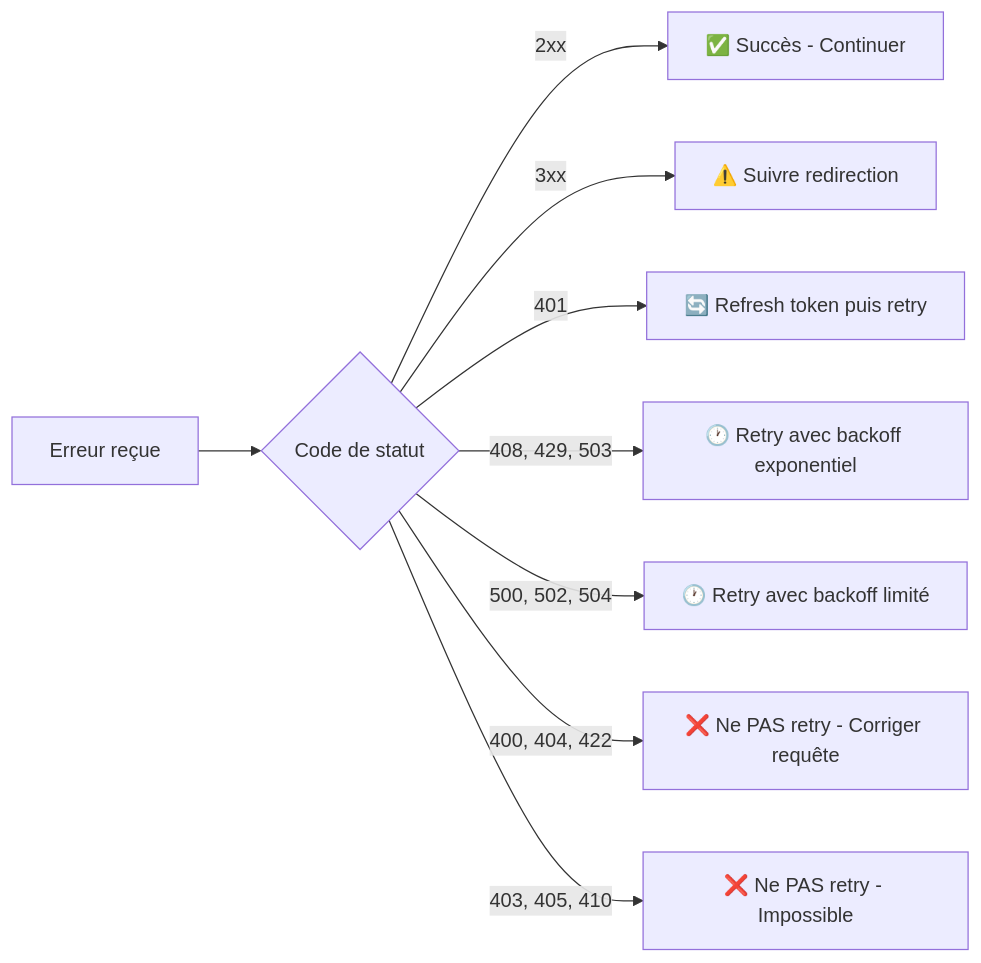
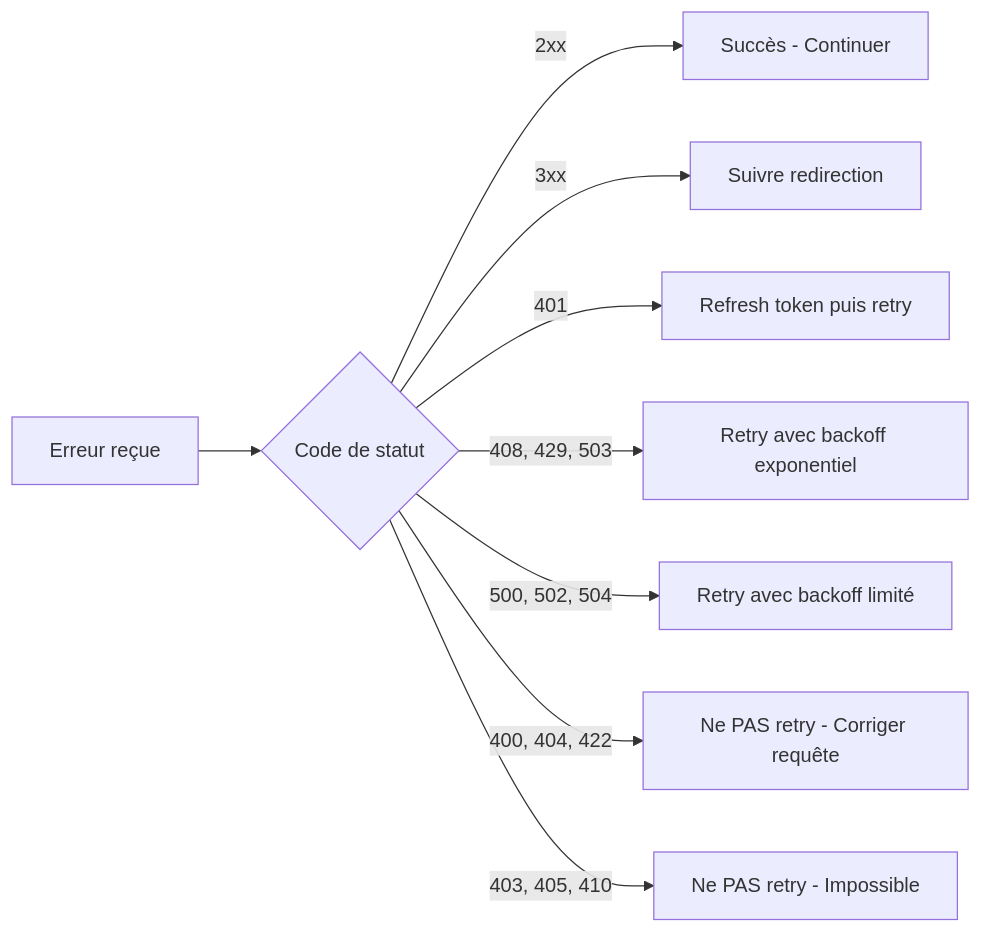
Before and after one commit to zyrass/omnydocs: the sixth of 6 diagrams in docs/bases/concepts/liste-code-erreur.md, drawn with Mermaid. The commit also changed other lines of this file and 24 other files, not shown here.

````diff
--- a/docs/bases/concepts/liste-code-erreur.md
+++ b/docs/bases/concepts/liste-code-erreur.md
@@ -735,11 +965,11 @@
 ```mermaid
 graph LR
     A[Erreur reçue] --> B{Code de statut}
-    B -->|2xx| C[✅ Succès - Continuer]
-    B -->|3xx| D[⚠️ Suivre redirection]
-    B -->|401| E[🔄 Refresh token puis retry]
-    B -->|408, 429, 503| F[🕐 Retry avec backoff exponentiel]
-    B -->|500, 502, 504| G[🕐 Retry avec backoff limité]
-    B -->|400, 404, 422| H[❌ Ne PAS retry - Corriger requête]
-    B -->|403, 405, 410| I[❌ Ne PAS retry - Impossible]
+    B -->|2xx| C[Succès - Continuer]
+    B -->|3xx| D[Suivre redirection]
+    B -->|401| E[Refresh token puis retry]
+    B -->|408, 429, 503| F[Retry avec backoff exponentiel]
+    B -->|500, 502, 504| G[Retry avec backoff limité]
+    B -->|400, 404, 422| H[Ne PAS retry - Corriger requête]
+    B -->|403, 405, 410| I[Ne PAS retry - Impossible]
 ```
````
